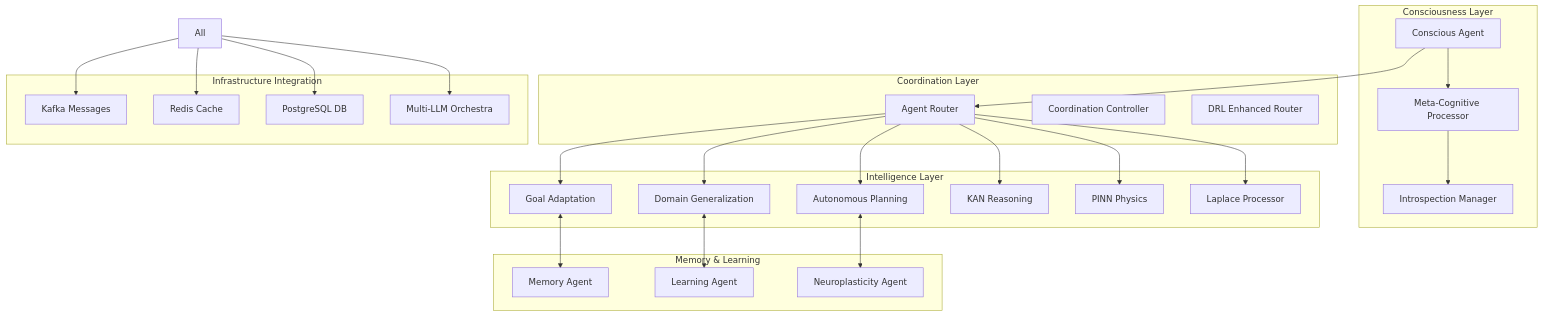
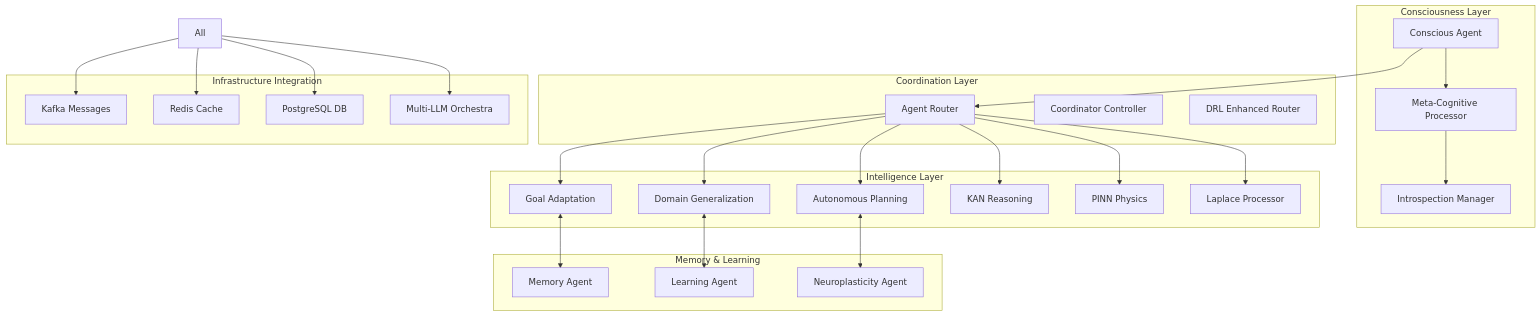
Before and after one commit to Organica-Ai-Solutions/NIS_Protocol: the second of 2 diagrams in docs/ARCHITECTURE.md, drawn with Mermaid. The commit also changed other lines of this file and 160 other files, not shown here.

````diff
--- a/docs/ARCHITECTURE.md
+++ b/docs/ARCHITECTURE.md
@@ -81,56 +87,56 @@
 ```mermaid
 graph TB
     subgraph "Consciousness Layer"
         CA[Conscious Agent]
         MCP[Meta-Cognitive Processor]
         IM[Introspection Manager]
     end
     
     subgraph "Coordination Layer"
         AR[Agent Router]
-        CC[Coordination Controller]
+        CC[Coordinator Controller]
         DRL[DRL Enhanced Router]
     end
     
     subgraph "Intelligence Layer"
         GA[Goal Adaptation]
         DG[Domain Generalization]
         AP[Autonomous Planning]
         KR[KAN Reasoning]
         PP[PINN Physics]
         LP[Laplace Processor]
     end
     
     subgraph "Memory & Learning"
         MA[Memory Agent]
         LA[Learning Agent]
         NP[Neuroplasticity Agent]
     end
     
     subgraph "Infrastructure Integration"
         K[Kafka Messages]
         R[Redis Cache]
         P[PostgreSQL DB]
         LLM[Multi-LLM Orchestra]
     end
     
     CA --> AR
     AR --> GA
     AR --> DG
     AR --> AP
     AR --> KR
     AR --> PP
     AR --> LP
     
     GA <--> MA
     DG <--> LA
     AP <--> NP
     
     MCP --> IM
     CA --> MCP
     
     All --> K
     All --> R
     All --> P
     All --> LLM
 ```
````
